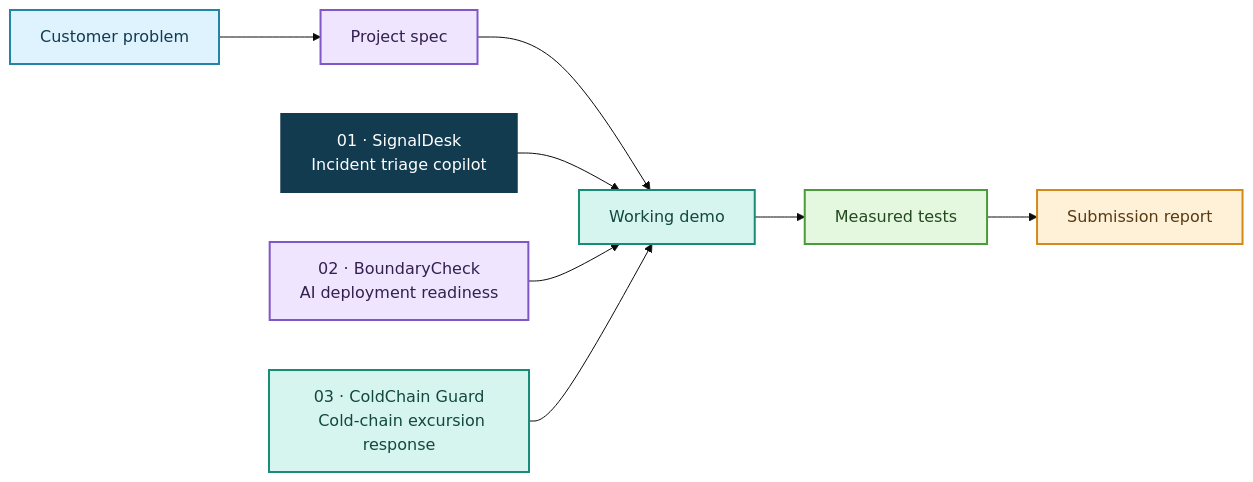
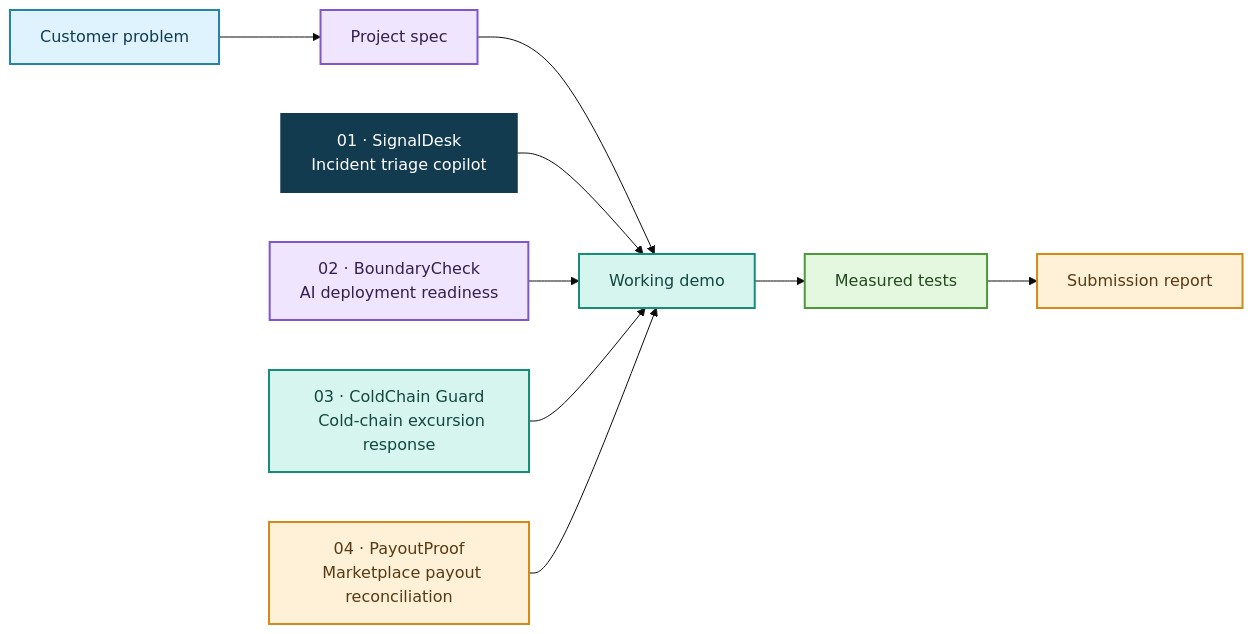
One commit to Asresh/FDE-projects changed the diagram in README.md. Above: the diagram before and after it, drawn with Mermaid (base theme). The commit also changed other lines of this file and 21 other files, not shown here.

Commit message:
Add project 04 payout reconciliation

````diff
--- a/README.md
+++ b/README.md
@@ -14,16 +14,18 @@
 ```mermaid
 flowchart LR
   A[Customer problem]:::blue --> B[Project spec]:::purple --> C[Working demo]:::teal --> D[Measured tests]:::green --> E[Submission report]:::orange
   P1[01 · SignalDesk
   Incident triage copilot]:::navy --> C
   P2[02 · BoundaryCheck
   AI deployment readiness]:::purple --> C
   P3[03 · ColdChain Guard
   Cold-chain excursion response]:::teal --> C
+  P4[04 · PayoutProof
+  Marketplace payout reconciliation]:::orange --> C
   classDef blue fill:#DFF3FF,stroke:#2384A6,color:#123B50,stroke-width:2px
   classDef purple fill:#EFE5FF,stroke:#8056C8,color:#33204F,stroke-width:2px
   classDef teal fill:#D7F5EF,stroke:#168C79,color:#12483F,stroke-width:2px
   classDef green fill:#E4F7DF,stroke:#4C9A39,color:#244920,stroke-width:2px
   classDef orange fill:#FFF0D8,stroke:#D38A18,color:#573B13,stroke-width:2px
   classDef navy fill:#123B50,stroke:#123B50,color:#FFFFFF,stroke-width:2px
 ```
````
